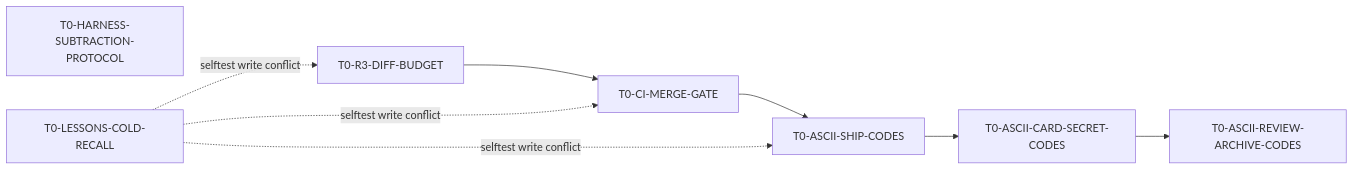
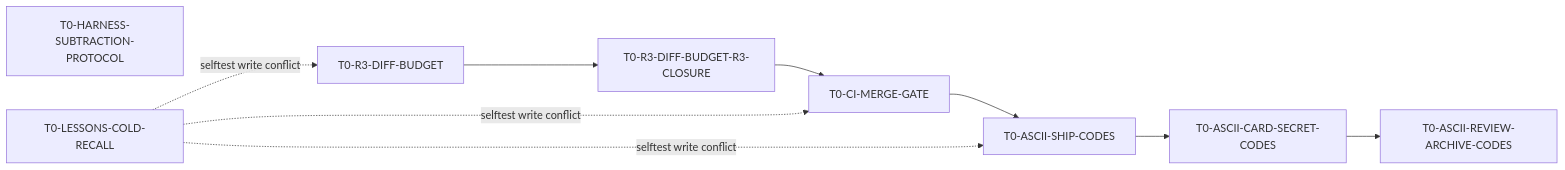
Before and after one commit to Asun28/MyInspection: the diagram in docs/TASK-BOARD.md, drawn with Mermaid. The commit also changed other lines of this file and 2 other files, not shown here.

Commit message:
docs: register R3 diff budget closure

````diff
--- a/docs/TASK-BOARD.md
+++ b/docs/TASK-BOARD.md
@@ -95,12 +96,13 @@
 ```mermaid
 flowchart LR
-  A[T0-R3-DIFF-BUDGET] --> B[T0-CI-MERGE-GATE]
+  A[T0-R3-DIFF-BUDGET] --> A2[T0-R3-DIFF-BUDGET-R3-CLOSURE]
+  A2 --> B[T0-CI-MERGE-GATE]
   B --> E[T0-ASCII-SHIP-CODES]
   E --> F[T0-ASCII-CARD-SECRET-CODES]
   F --> G[T0-ASCII-REVIEW-ARCHIVE-CODES]
   C[T0-HARNESS-SUBTRACTION-PROTOCOL]
   D[T0-LESSONS-COLD-RECALL]
   D -.->|selftest write conflict| A
   D -.->|selftest write conflict| B
   D -.->|selftest write conflict| E
 ```
````
